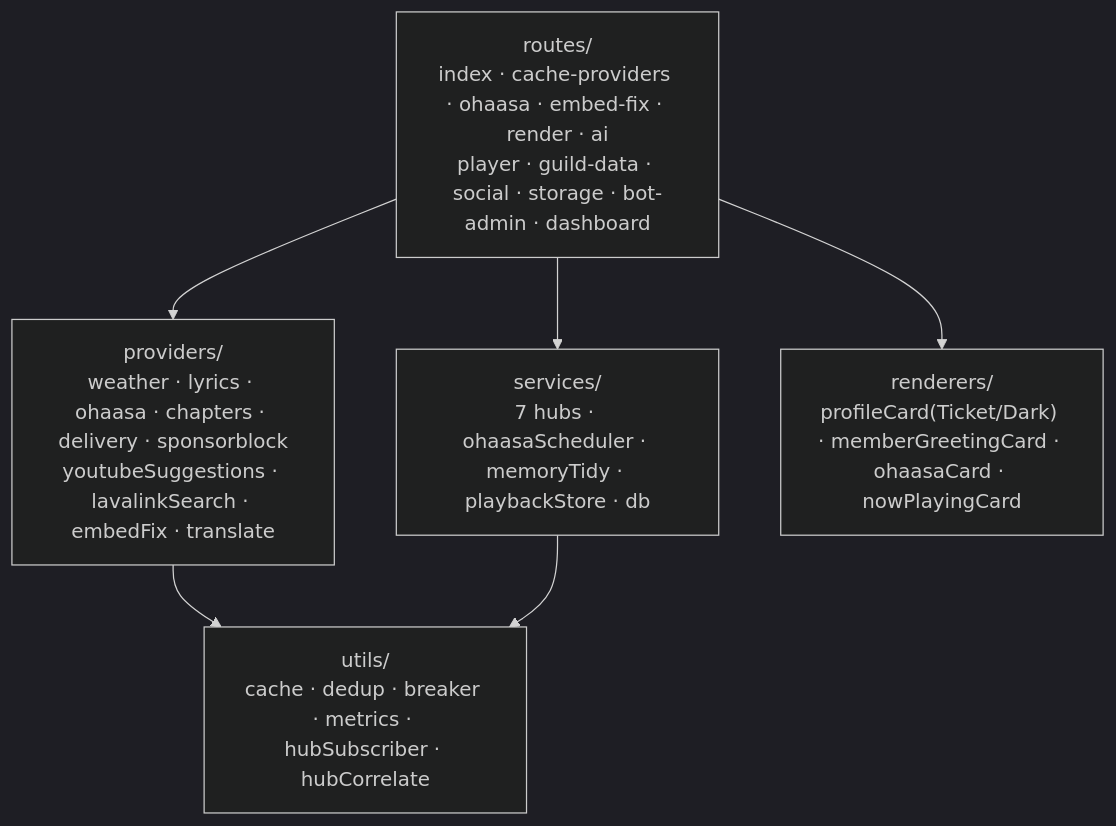
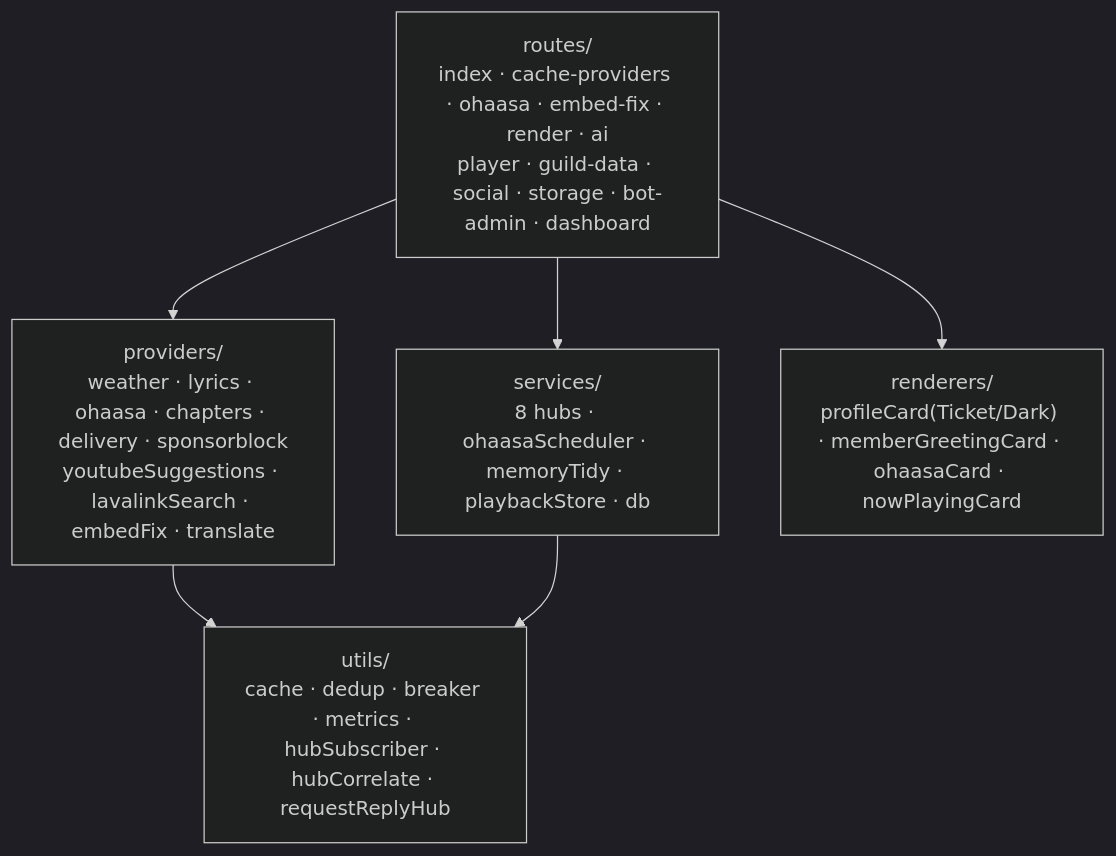
One commit to mochilabs/SiruBOT changed the third of 10 diagrams in docs/architecture.md. Above: the diagram before and after it, drawn with Mermaid (dark theme). The commit also changed other lines of this file and 8 other files, not shown here.

````diff
--- a/docs/architecture.md
+++ b/docs/architecture.md
@@ -195,8 +201,8 @@
 ```mermaid
 graph TB
     R1["routes/<br/>index · cache-providers · ohaasa · embed-fix · render · ai<br/>player · guild-data · social · storage · bot-admin · dashboard"] --> P["providers/<br/>weather · lyrics · ohaasa · chapters · delivery · sponsorblock<br/>youtubeSuggestions · lavalinkSearch · embedFix · translate"]
-    R1 --> S["services/<br/>7 hubs · ohaasaScheduler · memoryTidy · playbackStore · db"]
+    R1 --> S["services/<br/>8 hubs · ohaasaScheduler · memoryTidy · playbackStore · db"]
     R1 --> RD["renderers/<br/>profileCard(Ticket/Dark) · memberGreetingCard · ohaasaCard · nowPlayingCard"]
-    P --> U["utils/<br/>cache · dedup · breaker · metrics · hubSubscriber · hubCorrelate"]
+    P --> U["utils/<br/>cache · dedup · breaker · metrics · hubSubscriber · hubCorrelate · requestReplyHub"]
     S --> U
 ```
````
